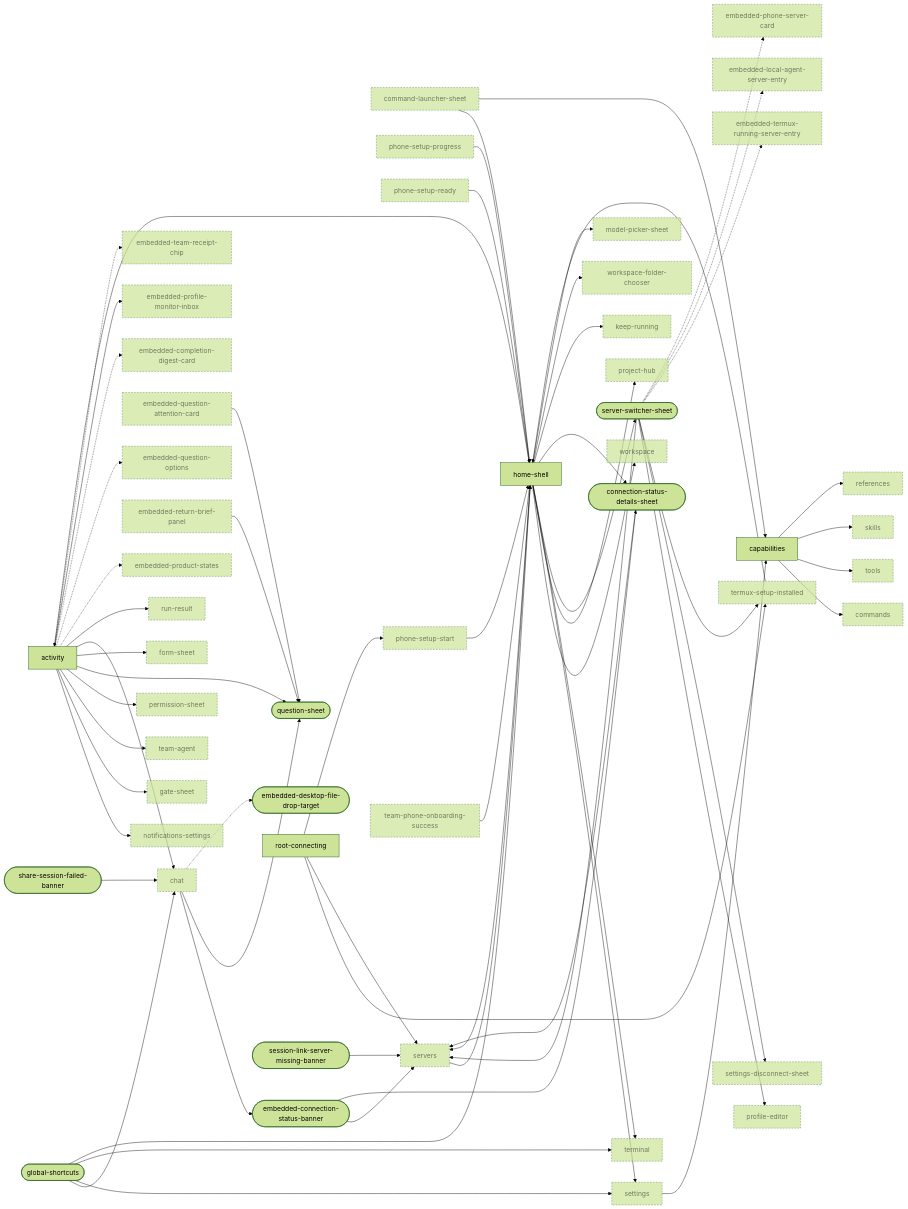
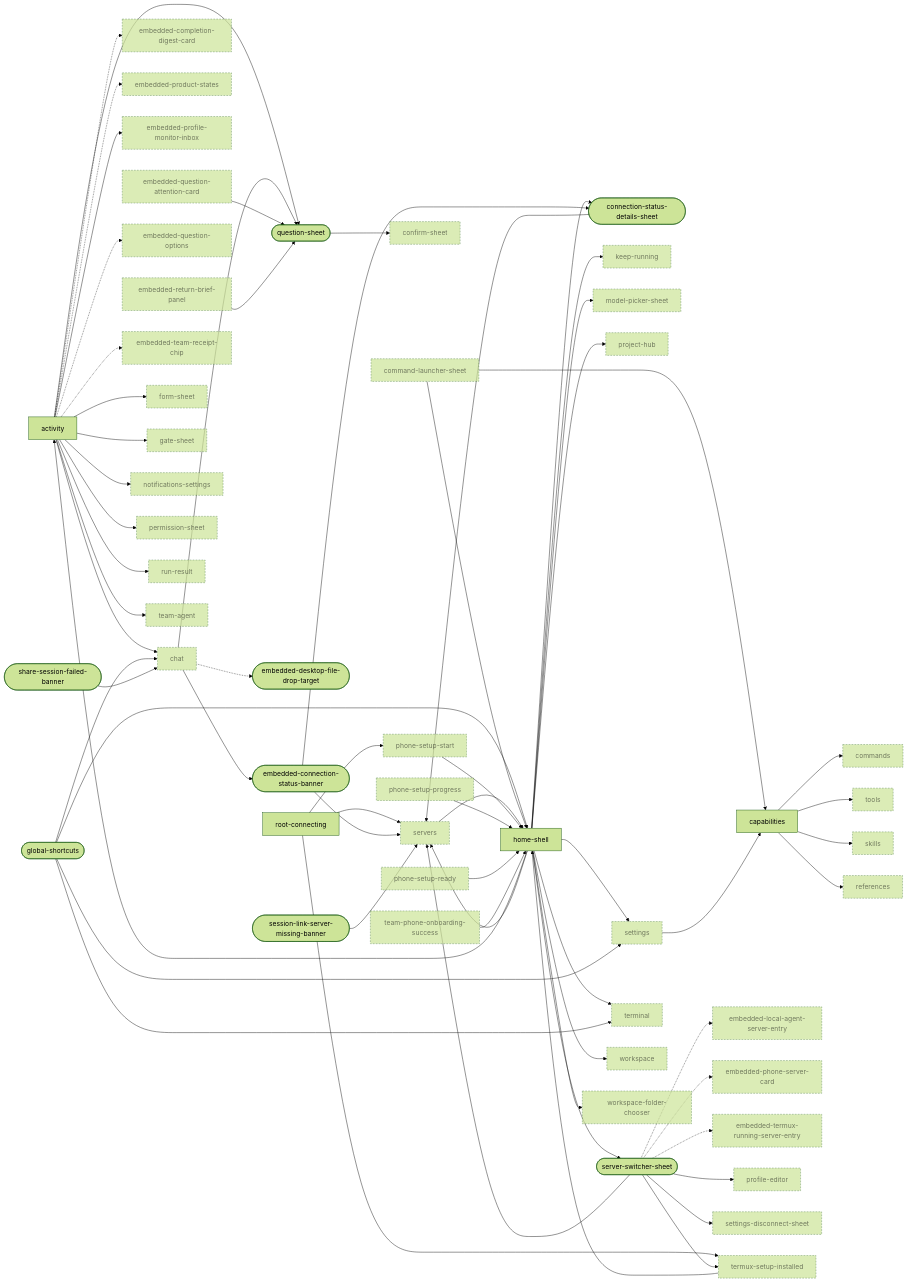
One commit to Breskott/opencode-mobile-next changed the first of 10 diagrams in docs/design/ui-ledger/navigation.md. Above: the diagram before and after it, drawn with Mermaid (forest theme). The commit also changed other lines of this file and 78 other files, not shown here.

```diff
--- a/docs/design/ui-ledger/navigation.md
+++ b/docs/design/ui-ledger/navigation.md
@@ -25,6 +25,7 @@
   chat["chat"]:::ext
   command_launcher_sheet["command-launcher-sheet"]:::ext
   commands["commands"]:::ext
+  confirm_sheet["confirm-sheet"]:::ext
   connection_status_details_sheet(["connection-status-details-sheet"])
   embedded_completion_digest_card["embedded-completion-digest-card"]:::ext
   embedded_connection_status_banner(["embedded-connection-status-banner"])
@@ -96,6 +97,7 @@
   activity --> form_sheet
   activity --> chat
   activity --> run_result
+  question_sheet --> confirm_sheet
   global_shortcuts --> chat
   global_shortcuts --> settings
   global_shortcuts --> terminal
```
